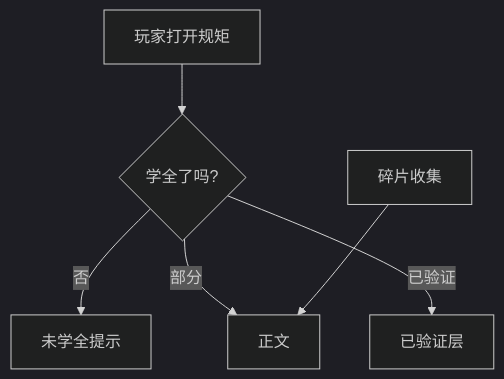
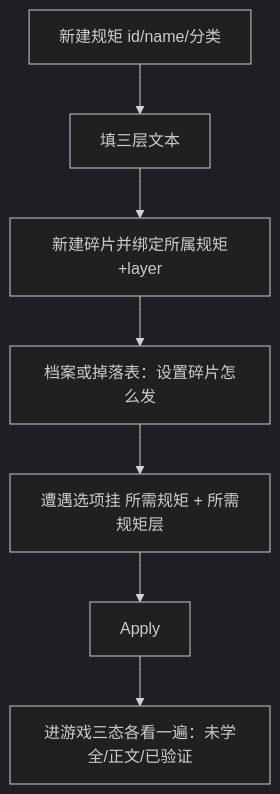
Before and after one commit to wubugui/GDoc: the diagram in docs/editors/panels/rule.md, drawn with Mermaid (dark theme). The commit also changed other lines of this file and 112 other files, not shown here.

````diff
--- a/docs/editors/panels/rule.md
+++ b/docs/editors/panels/rule.md
@@ -51,8 +41,9 @@
 ```mermaid
 flowchart TD
-  U[玩家打开规矩] --> Q{学全了吗?}
-  Q -->|否| L[未学全提示]
-  Q -->|部分| T[正文]
-  Q -->|已验证| V[已验证层]
-  P[碎片收集] --> T
+  A[新建规矩 id/name/分类] --> B[填三层文本]
+  B --> C[新建碎片并绑定所属规矩+layer]
+  C --> D[档案或掉落表：设置碎片怎么发]
+  D --> E[遭遇选项挂 所需规矩 + 所需规矩层]
+  E --> F[Apply]
+  F --> G[进游戏三态各看一遍：未学全/正文/已验证]
 ```
````
